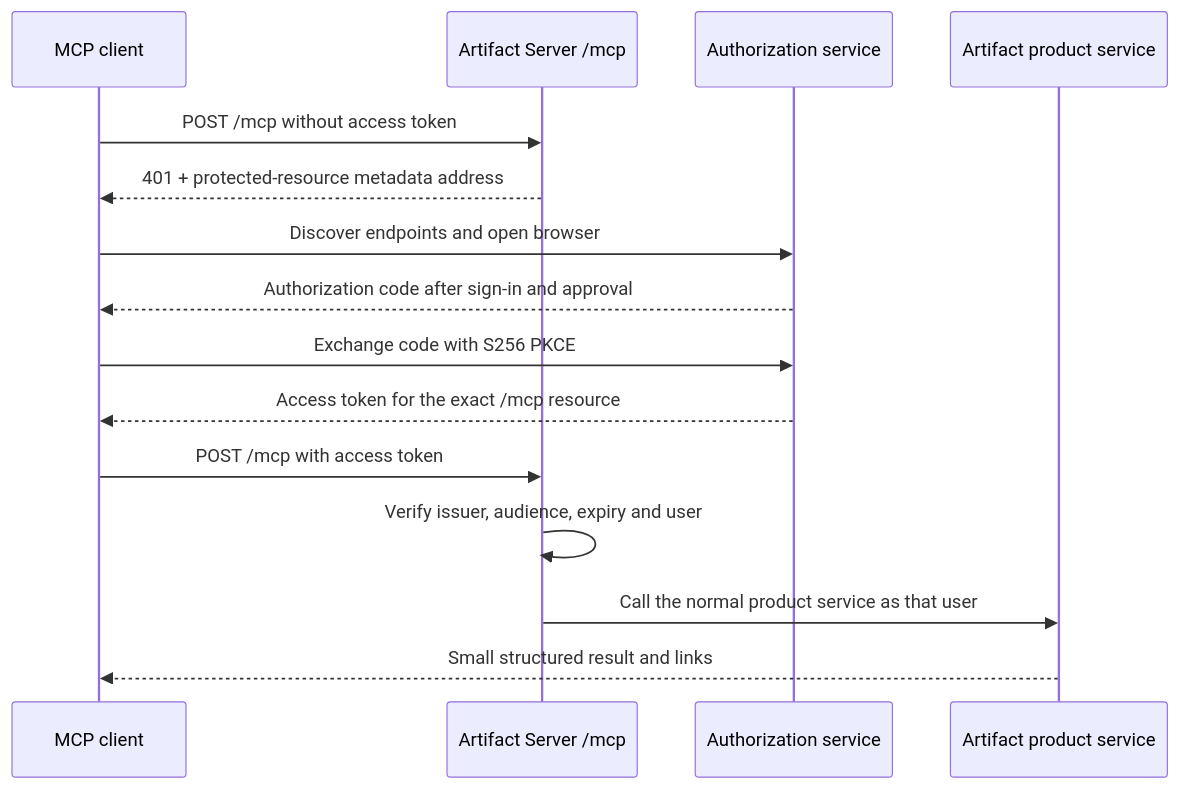
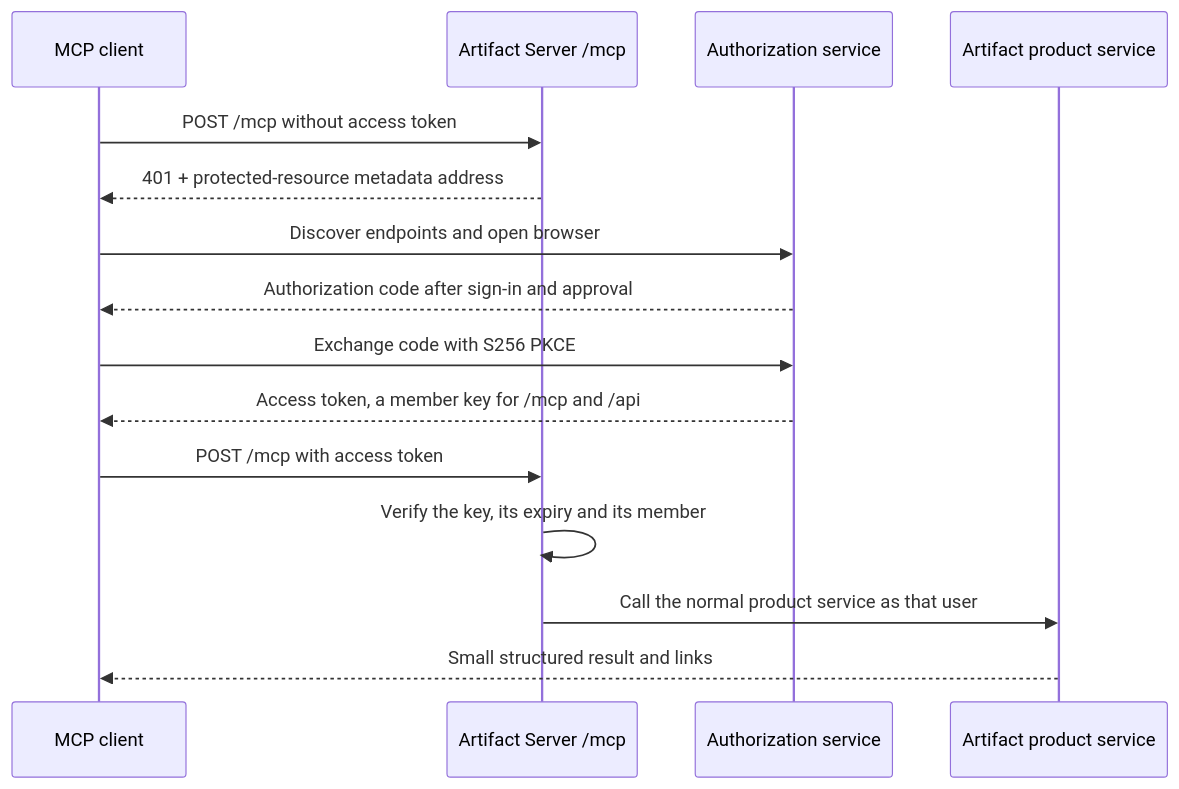
One commit to ackstorm/artifact-server changed the diagram in project/spec/artifact-server-mcp-baseline.md. Above: the diagram before and after it, drawn with Mermaid. The commit also changed other lines of this file and 4 other files, not shown here.

````diff
--- a/project/spec/artifact-server-mcp-baseline.md
+++ b/project/spec/artifact-server-mcp-baseline.md
@@ -103,18 +102,18 @@
 ```mermaid
 sequenceDiagram
     participant C as MCP client
     participant R as Artifact Server /mcp
     participant A as Authorization service
     participant P as Artifact product service
 
     C->>R: POST /mcp without access token
     R-->>C: 401 + protected-resource metadata address
     C->>A: Discover endpoints and open browser
     A-->>C: Authorization code after sign-in and approval
     C->>A: Exchange code with S256 PKCE
-    A-->>C: Access token for the exact /mcp resource
+    A-->>C: Access token, a member key for /mcp and /api
     C->>R: POST /mcp with access token
-    R->>R: Verify issuer, audience, expiry and user
+    R->>R: Verify the key, its expiry and its member
     R->>P: Call the normal product service as that user
     P-->>C: Small structured result and links
 ```
````
